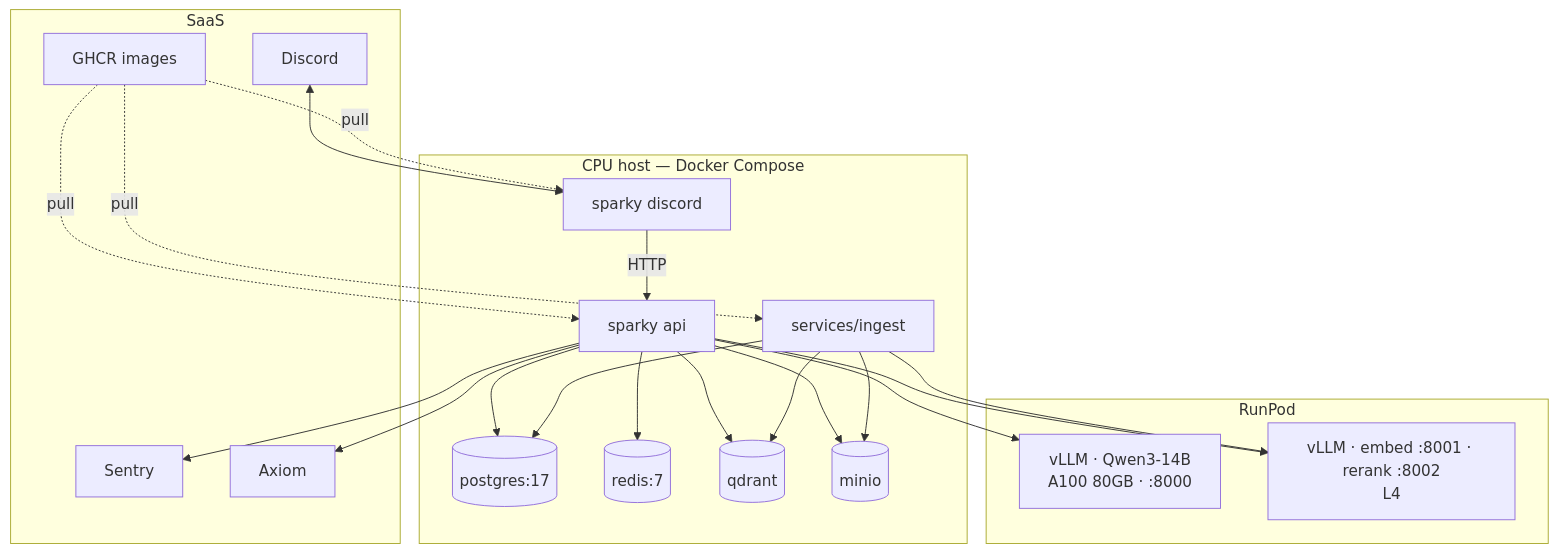
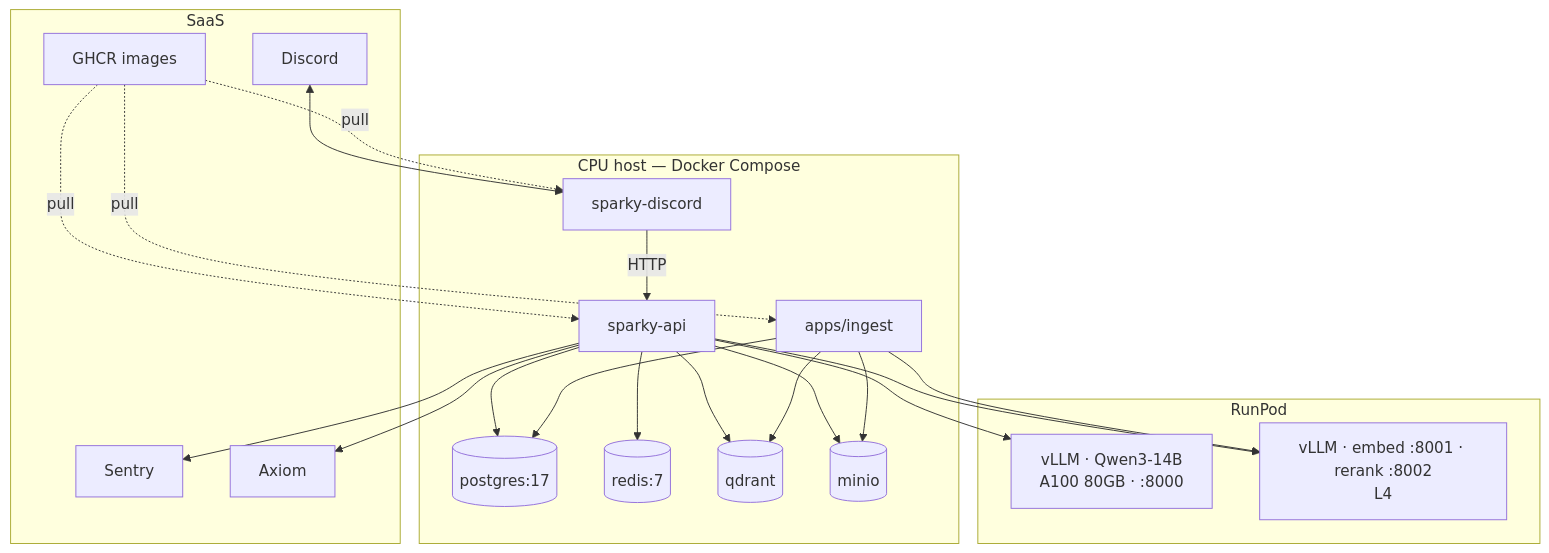
One commit to ashworks1706/SparkyAI changed the ninth of 9 diagrams in docs/ARCHITECTURE.md. Above: the diagram before and after it, drawn with Mermaid. The commit also changed other lines of this file and 106 other files, not shown here.

````diff
--- a/docs/ARCHITECTURE.md
+++ b/docs/ARCHITECTURE.md
@@ -395,27 +395,27 @@
 ```mermaid
 flowchart TB
     subgraph host [CPU host — Docker Compose]
-        BOT[sparky discord]
-        APP[sparky api]
-        ING[services/ingest]
+        BOT[sparky-discord]
+        APP[sparky-api]
+        ING[apps/ingest]
         PG[(postgres:17)]
         RD[(redis:7)]
         QD[(qdrant)]
         MN[(minio)]
     end
     subgraph runpod [RunPod]
         V1[vLLM · Qwen3-14B<br/>A100 80GB · :8000]
         V2[vLLM · embed :8001 · rerank :8002<br/>L4]
     end
     subgraph saas [SaaS]
         DC[Discord]
         SE[Sentry]
         AX[Axiom]
         GH[GHCR images]
     end
     DC <--> BOT
     BOT -->|HTTP| APP
     APP --> V1 & V2 & PG & RD & QD & MN & SE & AX
     ING --> V2 & PG & QD & MN
     GH -.->|pull| BOT & APP & ING
 ```
````
